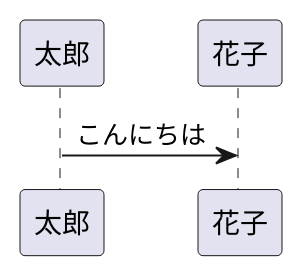
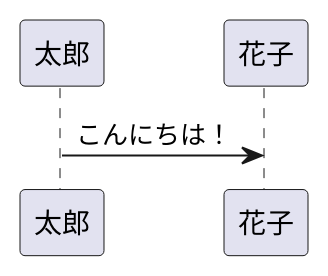
Before and after one commit to abekoh/commit-plantuml-action: the diagram in sample/use-japanese.puml, drawn with PlantUML. The commit also changed 1 other file, not shown here.

```diff
--- a/sample/use-japanese.puml
+++ b/sample/use-japanese.puml
@@ -1,3 +1,3 @@
 @startuml
-太郎 -> 花子 : こんにちは
+太郎 -> 花子 : こんにちは！
 @enduml
```
